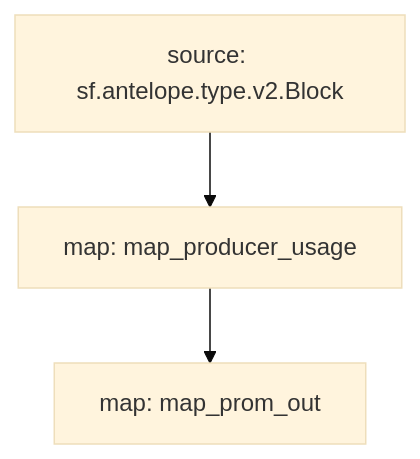
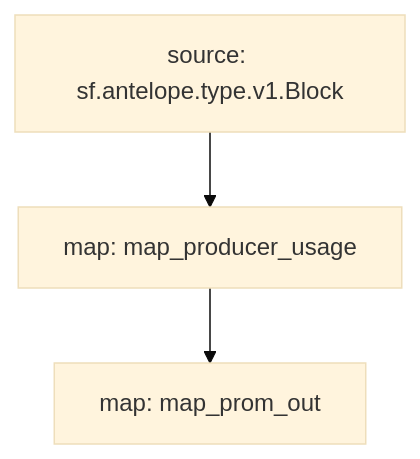
One commit to pinax-network/substreams changed the diagram in eosmechanics/README.md. Above: the diagram before and after it, drawn with Mermaid (base theme). The commit also changed 6 other files, not shown here.

````diff
--- a/eosmechanics/README.md
+++ b/eosmechanics/README.md
@@ -19,7 +19,7 @@
 ```mermaid
 graph TD;
   map_producer_usage[map: map_producer_usage]
-  sf.antelope.type.v2.Block[source: sf.antelope.type.v2.Block] --> map_producer_usage
+  sf.antelope.type.v1.Block[source: sf.antelope.type.v1.Block] --> map_producer_usage
   map_prom_out[map: map_prom_out]
   map_producer_usage --> map_prom_out
 ```
````
